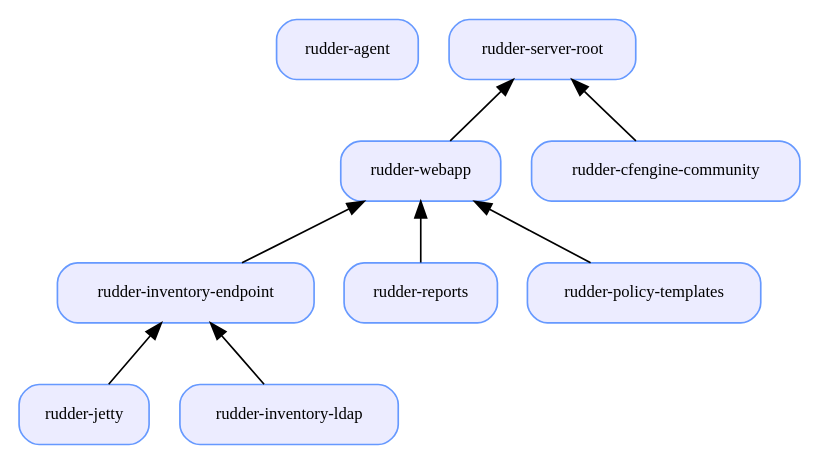
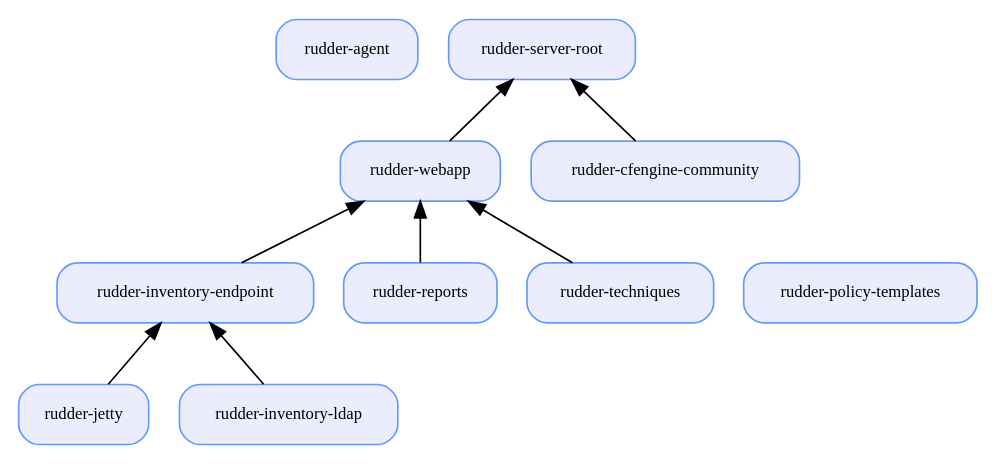
The diagram in graphviz/packages.dot (Normation/rudder-doc), drawn with Graphviz before and after one commit. The commit also changed 2 other files, not shown here.

Commit message:
issue #2337 graphviz graphes updated with new names

```diff
--- a/graphviz/packages.dot
+++ b/graphviz/packages.dot
@@ -1,47 +1,47 @@
 digraph packages{
 
 rankdir=BT;
 
 node [shape=Mrecord, style=filled, color="#6699ff", fillcolor="#ececff",
 fontsize=10]
 
 "rudder-agent"
 "rudder-jetty"
 "rudder-inventory-ldap"
 "rudder-inventory-endpoint"
 "rudder-reports"
-"rudder-policy-templates"
+"rudder-techniques"
 "rudder-webapp"
 "rudder-cfengine-community"
 "rudder-server-root"
 
 {rank=same;
   "rudder-agent"
   "rudder-server-root"
 }
 {rank=same;
   "rudder-inventory-ldap"
   "rudder-jetty"
 }
 
 "rudder-jetty" -> "rudder-inventory-endpoint"
 
 "rudder-inventory-ldap" -> "rudder-inventory-endpoint"
 
 {rank=same;
   "rudder-inventory-endpoint"
   "rudder-reports"
   "rudder-policy-templates"
 }
 
 "rudder-inventory-endpoint" -> "rudder-webapp"
 
-"rudder-policy-templates" -> "rudder-webapp" 
+"rudder-techniques" -> "rudder-webapp" 
 
 "rudder-reports"-> "rudder-webapp"
 
 "rudder-webapp" -> "rudder-server-root"
 
 "rudder-cfengine-community" ->"rudder-server-root"
 
 }
```
